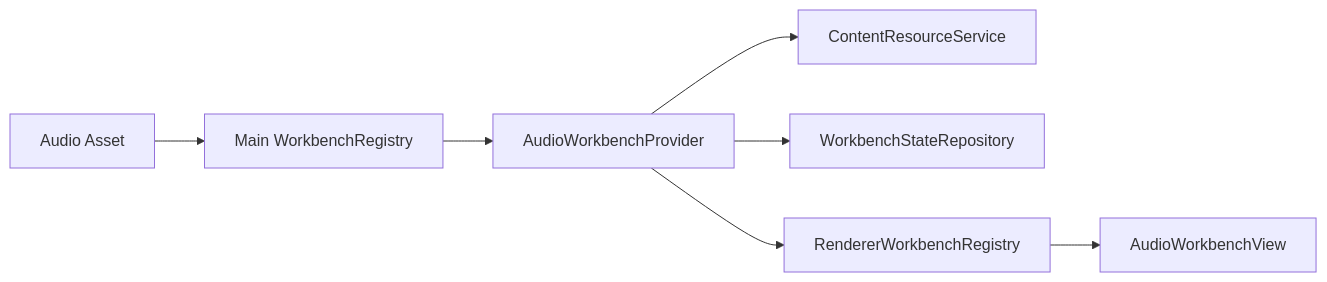
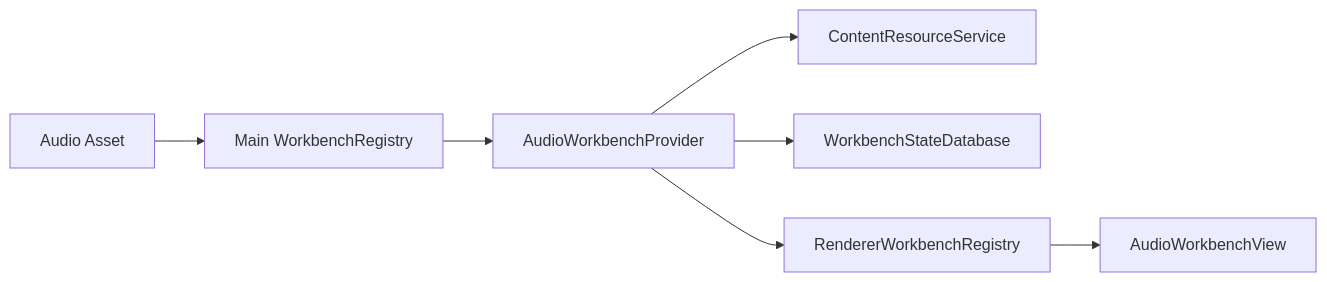
One commit to wu-tian807/learning-companion changed the first of 2 diagrams in docs/superpowers/specs/2026-07-29-audio-workbench-design.md. Above: the diagram before and after it, drawn with Mermaid. The commit also changed other lines of this file and 50 other files, not shown here.

````diff
--- a/docs/superpowers/specs/2026-07-29-audio-workbench-design.md
+++ b/docs/superpowers/specs/2026-07-29-audio-workbench-design.md
@@ -98,15 +98,15 @@
 ```mermaid
 flowchart LR
     ASSET["Audio Asset"]
     WREG["Main WorkbenchRegistry"]
     AP["AudioWorkbenchProvider"]
     CRS["ContentResourceService"]
-    STATE["WorkbenchStateRepository"]
+    STATE["WorkbenchStateDatabase"]
     RREG["RendererWorkbenchRegistry"]
     VIEW["AudioWorkbenchView"]
 
     ASSET --> WREG --> AP
     AP --> CRS
     AP --> STATE
     AP --> RREG --> VIEW
 ```
````
